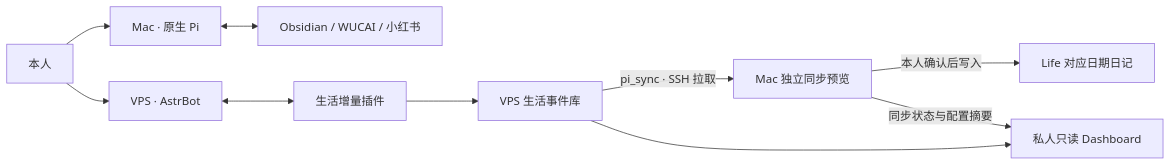
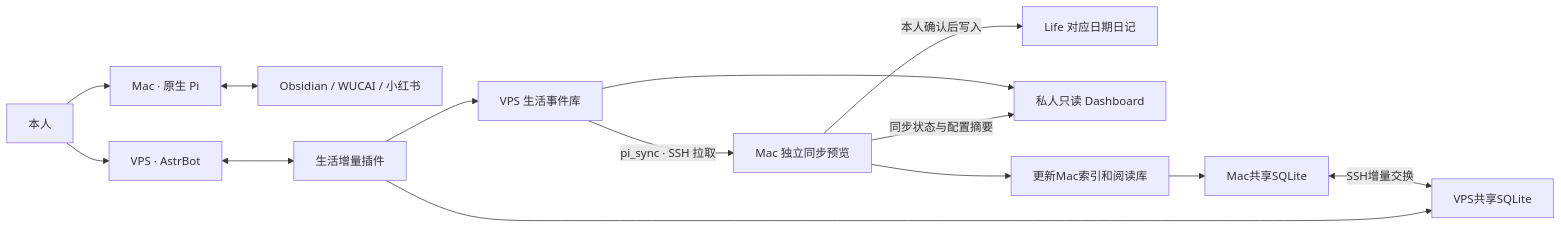
The diagram in SPECIFICATION.md (Corele-one/personal_asis), drawn with Mermaid before and after one commit. The commit also changed other lines of this file and 62 other files, not shown here.

````diff
--- a/SPECIFICATION.md
+++ b/SPECIFICATION.md
@@ -7,12 +7,16 @@
 ```mermaid
 flowchart LR
   User[本人] --> Pi[Mac · 原生 Pi]
   User --> Bot[VPS · AstrBot]
   Pi <--> Sources[Obsidian / WUCAI / 小红书]
   Bot <--> Plugin[生活增量插件]
   Plugin --> Events[VPS 生活事件库]
   Events -->|pi_sync · SSH 拉取| Preview[Mac 独立同步预览]
   Preview -->|本人确认后写入| Daily[Life 对应日期日记]
   Events --> Dashboard[私人只读 Dashboard]
   Preview -->|同步状态与配置摘要| Dashboard
+  Preview --> Refresh[更新Mac索引和阅读库]
+  Refresh --> MacDB[Mac共享SQLite]
+  MacDB <-->|SSH增量交换| VpsDB[VPS共享SQLite]
+  Plugin --> VpsDB
 ```
````
